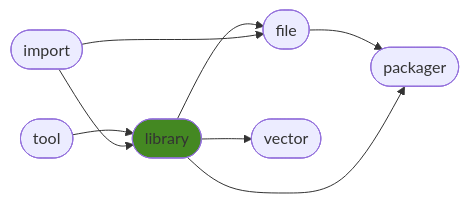
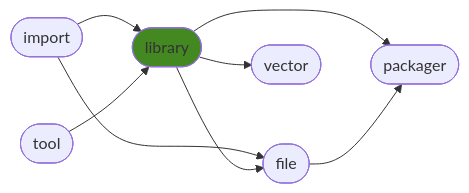
The diagram in README.md (ManderaGeneral/generallibrary), drawn with Mermaid before and after one commit. The commit also changed other lines of this file, not shown here.

````diff
--- a/README.md
+++ b/README.md
@@ -24,17 +24,17 @@
 ```mermaid
 flowchart LR
-3([file]) --> 5([packager])
-2([library]) --> 3([file])
-1([tool]) --> 2([library])
 2([library]) --> 5([packager])
+0([import]) --> 3([file])
 2([library]) --> 4([vector])
 0([import]) --> 2([library])
-0([import]) --> 3([file])
+1([tool]) --> 2([library])
+2([library]) --> 3([file])
+3([file]) --> 5([packager])
 click 0 "https://github.com/ManderaGeneral/generalimport"
 click 1 "https://github.com/ManderaGeneral/generaltool"
 click 2 "https://github.com/ManderaGeneral/generallibrary"
 click 3 "https://github.com/ManderaGeneral/generalfile"
 click 4 "https://github.com/ManderaGeneral/generalvector"
 click 5 "https://github.com/ManderaGeneral/generalpackager"
 style 2 fill:#482
 ```
````
